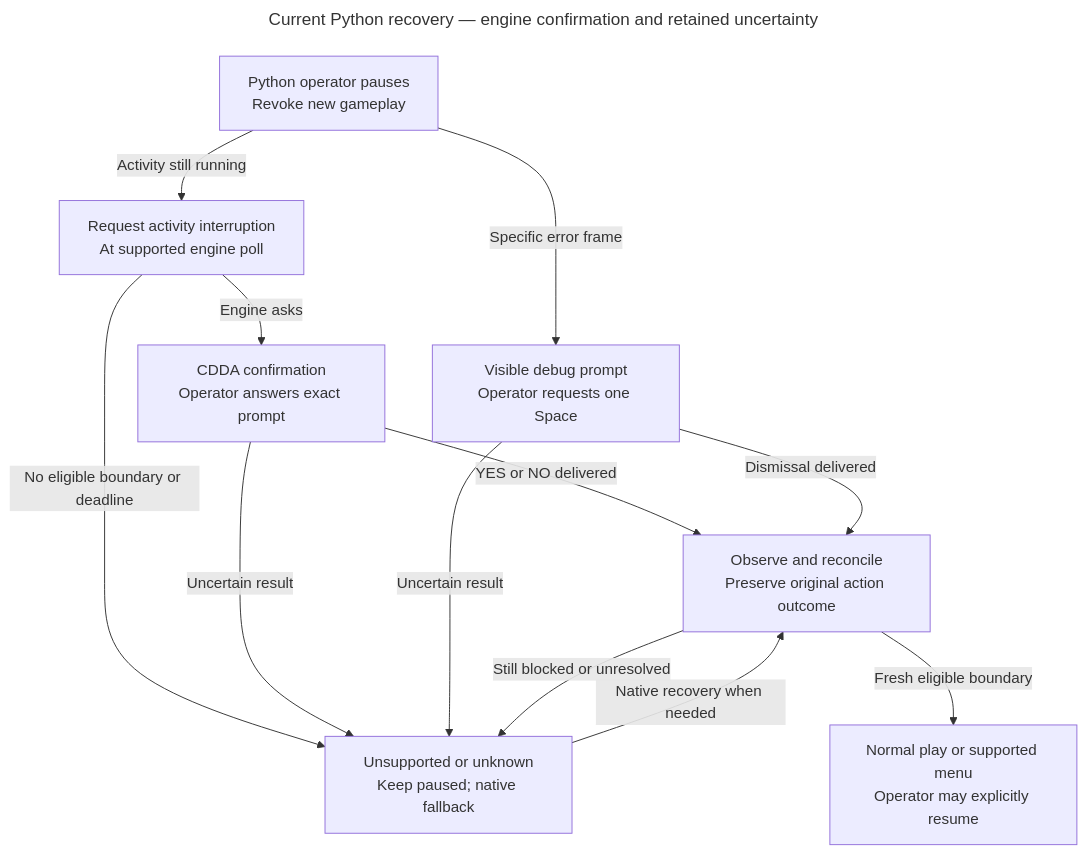
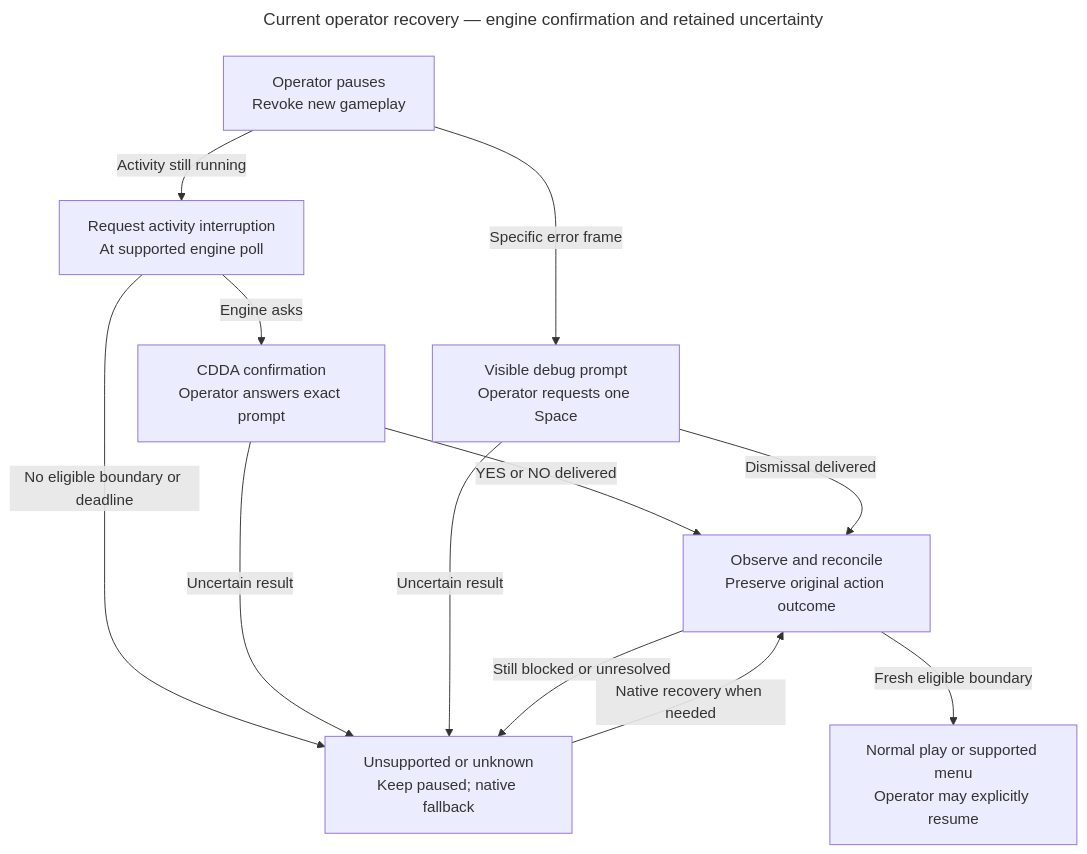
One commit to CVX-Hull/enactive changed the diagram in docs/diagrams/native-recovery.mmd. Above: the diagram before and after it, drawn with Mermaid. The commit also changed 20 other files, not shown here.

First line of the commit message:
Repair native recovery timing and add bounded planner port (#46)

```diff
--- a/docs/diagrams/native-recovery.mmd
+++ b/docs/diagrams/native-recovery.mmd
@@ -1,24 +1,24 @@
 ---
-title: Current Python recovery — engine confirmation and retained uncertainty
+title: Current operator recovery — engine confirmation and retained uncertainty
 ---
 flowchart TB
-  accTitle: Current Python operator recovery for native CDDA
-  accDescr: The Python operator interface first pauses new gameplay; public recovery buttons remain future work. A request at a supported activity poll opens the engine confirmation, which the operator answers against its exact frame. A raw debug prompt can instead receive one explicitly requested Space. Unsupported or uncertain outcomes retain native fallback. Every path requires observation and reconciliation, and only normal play or a supported menu permits explicit resume. No path automatically resumes gameplay or proves task success.
-  P["Python operator pauses\nRevoke new gameplay"]
+  accTitle: Current operator recovery for native CDDA
+  accDescr: The public spectator, CLI and Python operator interfaces first pause new gameplay. A request at a supported activity poll opens the engine confirmation, which the operator answers against its exact frame. A raw debug prompt can instead receive one explicitly requested Space. Unsupported or uncertain outcomes retain native fallback. Every path requires observation and reconciliation, and only normal play or a supported menu permits explicit resume. No path automatically resumes gameplay or proves task success.
+  P["Operator pauses\nRevoke new gameplay"]
   A["Request activity interruption\nAt supported engine poll"]
   Q["CDDA confirmation\nOperator answers exact prompt"]
   D["Visible debug prompt\nOperator requests one Space"]
   U["Unsupported or unknown\nKeep paused; native fallback"]
   O["Observe and reconcile\nPreserve original action outcome"]
   R["Normal play or supported menu\nOperator may explicitly resume"]
   P -->|Activity still running| A
   A -->|Engine asks| Q
   A -->|No eligible boundary or deadline| U
   P -->|Specific error frame| D
   Q -->|YES or NO delivered| O
   D -->|Dismissal delivered| O
   Q -->|Uncertain result| U
   D -->|Uncertain result| U
   U -->|Native recovery when needed| O
   O -->|Still blocked or unresolved| U
   O -->|Fresh eligible boundary| R
```
